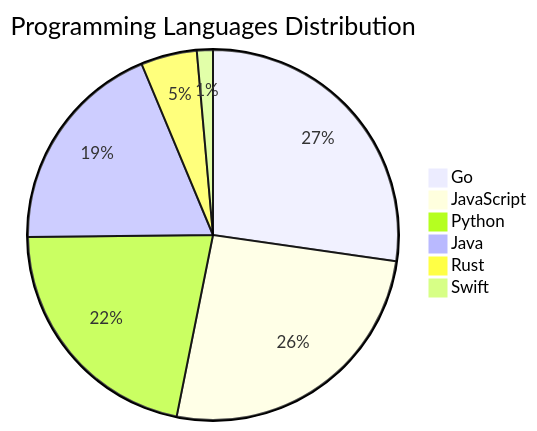
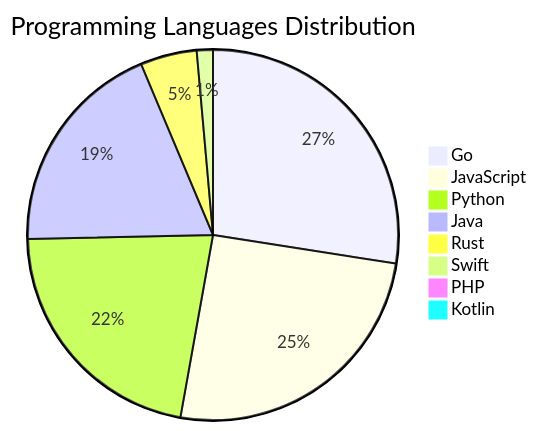
Before and after one commit to Derrick-MUGISHA/github-activity-bot: the diagram in README.md, drawn with Mermaid. The commit also changed other lines of this file and 4 other files, not shown here.

````diff
--- a/README.md
+++ b/README.md
@@ -212,9 +214,11 @@
 ```mermaid
 pie title Programming Languages Distribution
     "Go" : 39
-    "JavaScript" : 37
+    "JavaScript" : 36
     "Python" : 31
     "Java" : 27
     "Rust" : 7
     "Swift" : 2
+    "PHP" : 1
+    "Kotlin" : 1
 ```
````
